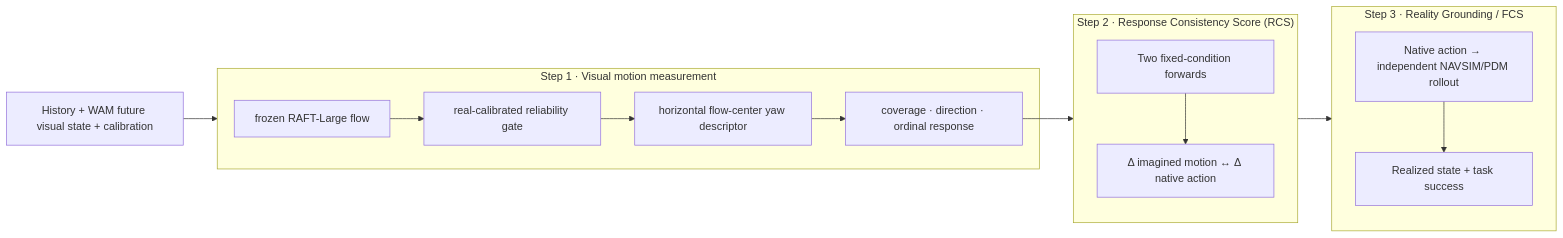
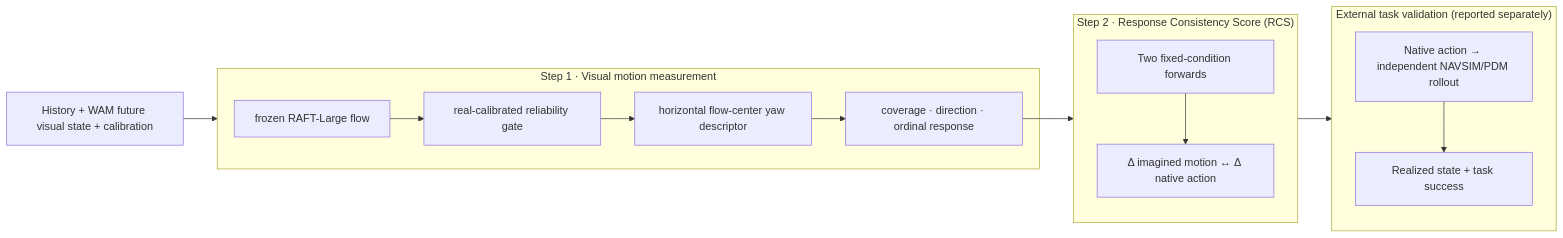
The diagram in README.md (RiseBun/IAC), drawn with Mermaid before and after one commit. The commit also changed other lines of this file and 57 other files, not shown here.

````diff
--- a/README.md
+++ b/README.md
@@ -342,17 +339,17 @@
 ```mermaid
 flowchart LR
   I["History + WAM future visual state + calibration"] --> S1
   subgraph S1["Step 1 · Visual motion measurement"]
     S1a["frozen RAFT-Large flow"] --> S1b["real-calibrated reliability gate"]
     S1b --> S1c["horizontal flow-center yaw descriptor"]
     S1c --> S1d["coverage · direction · ordinal response"]
   end
   S1d --> S2
   subgraph S2["Step 2 · Response Consistency Score (RCS)"]
     S2a["Two fixed-condition forwards"] --> S2b["Δ imagined motion ↔ Δ native action"]
   end
   S2 --> S3
-  subgraph S3["Step 3 · Reality Grounding / FCS"]
+  subgraph S3["External task validation (reported separately)"]
     S3a["Native action → independent NAVSIM/PDM rollout"] --> S3b["Realized state + task success"]
   end
 ```
````
